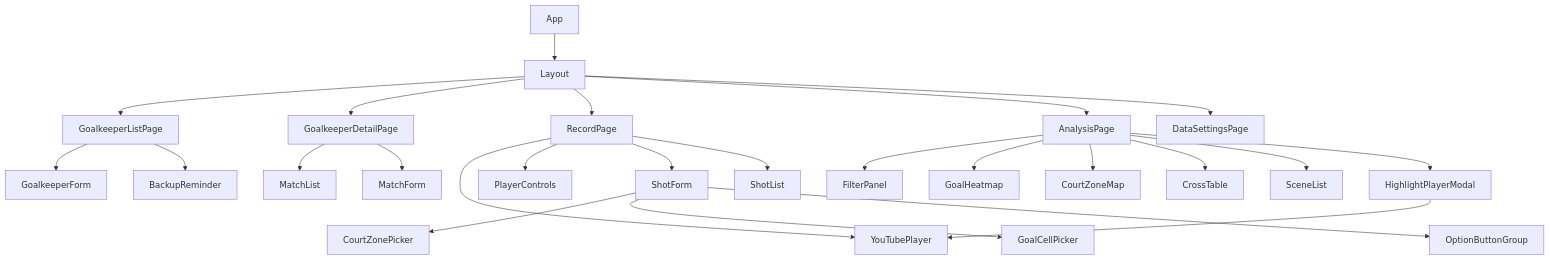
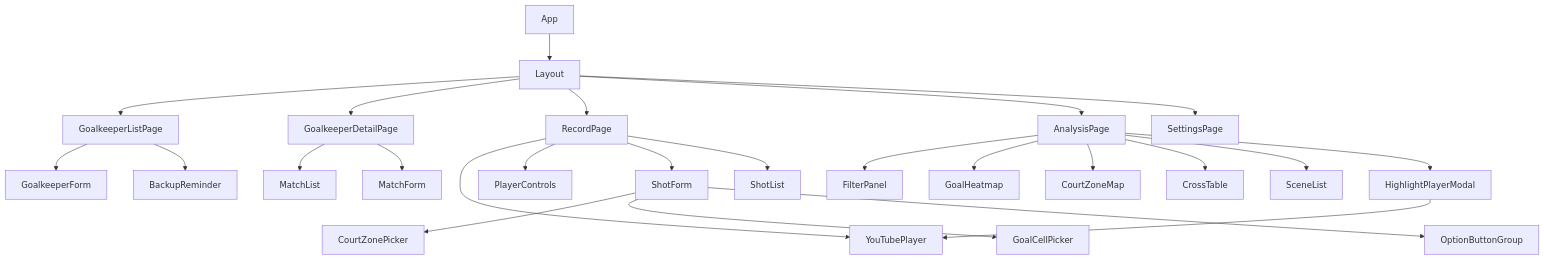
The eighth of 8 diagrams in docs/functional-design.md (hibiburo/handball_analysis), drawn with Mermaid before and after one commit. The commit also changed other lines of this file and 3 other files, not shown here.

````diff
--- a/docs/functional-design.md
+++ b/docs/functional-design.md
@@ -490,30 +490,30 @@
 ```mermaid
 graph TD
     App --> Layout
     Layout --> GoalkeeperListPage
     Layout --> GoalkeeperDetailPage
     Layout --> RecordPage
     Layout --> AnalysisPage
-    Layout --> DataSettingsPage
+    Layout --> SettingsPage
 
     GoalkeeperListPage --> GoalkeeperForm
     GoalkeeperListPage --> BackupReminder
     GoalkeeperDetailPage --> MatchList
     GoalkeeperDetailPage --> MatchForm
 
     RecordPage --> YouTubePlayer
     RecordPage --> PlayerControls
     RecordPage --> ShotForm
     RecordPage --> ShotList
     ShotForm --> CourtZonePicker
     ShotForm --> GoalCellPicker
     ShotForm --> OptionButtonGroup
 
     AnalysisPage --> FilterPanel
     AnalysisPage --> GoalHeatmap
     AnalysisPage --> CourtZoneMap
     AnalysisPage --> CrossTable
     AnalysisPage --> SceneList
     AnalysisPage --> HighlightPlayerModal
     HighlightPlayerModal --> YouTubePlayer
 ```
````
